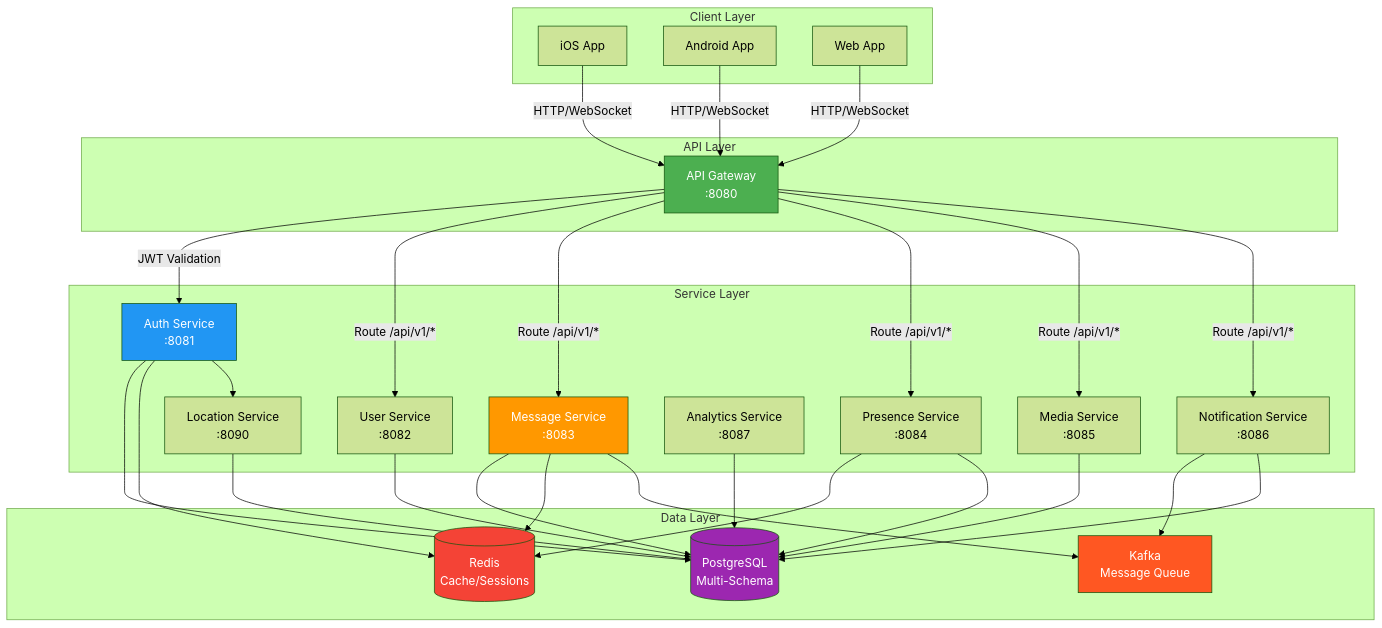
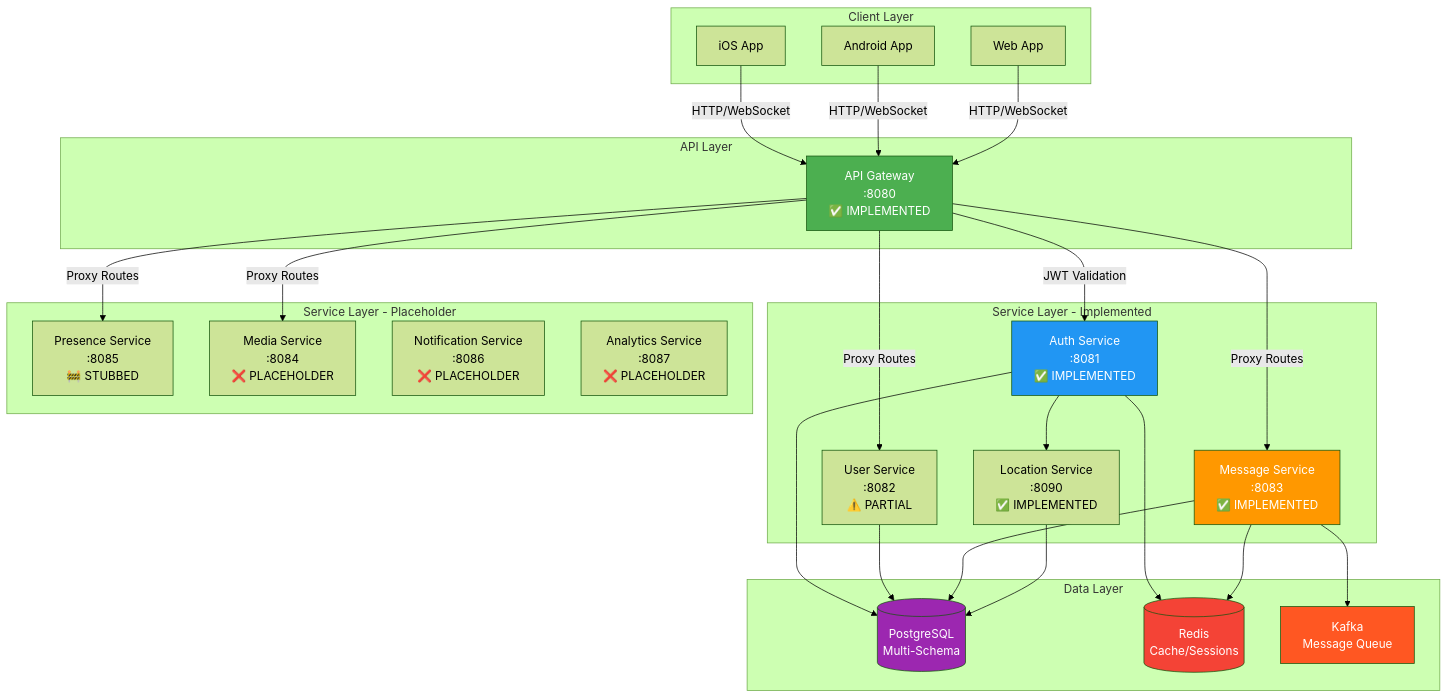
Before and after one commit to Dracula-101/echo-backend: the first of 5 diagrams in docs/ARCHITECTURE.md, drawn with Mermaid (forest theme). The commit also changed other lines of this file and 9 other files, not shown here.

````diff
--- a/docs/ARCHITECTURE.md
+++ b/docs/ARCHITECTURE.md
@@ -40,50 +41,49 @@
 ```mermaid
 graph TB
     subgraph "Client Layer"
         iOS[iOS App]
         Android[Android App]
         Web[Web App]
     end
 
     subgraph "API Layer"
-        Gateway[API Gateway<br/>:8080]
+        Gateway[API Gateway<br/>:8080<br/>✅ IMPLEMENTED]
     end
 
-    subgraph "Service Layer"
-        Auth[Auth Service<br/>:8081]
-        User[User Service<br/>:8082]
-        Message[Message Service<br/>:8083]
-        Presence[Presence Service<br/>:8084]
-        Media[Media Service<br/>:8085]
-        Notification[Notification Service<br/>:8086]
-        Analytics[Analytics Service<br/>:8087]
-        Location[Location Service<br/>:8090]
+    subgraph "Service Layer - Implemented"
+        Auth[Auth Service<br/>:8081<br/>✅ IMPLEMENTED]
+        User[User Service<br/>:8082<br/>⚠️ PARTIAL]
+        Message[Message Service<br/>:8083<br/>✅ IMPLEMENTED]
+        Location[Location Service<br/>:8090<br/>✅ IMPLEMENTED]
+    end
+
+    subgraph "Service Layer - Placeholder"
+        Presence[Presence Service<br/>:8085<br/>🚧 STUBBED]
+        Media[Media Service<br/>:8084<br/>❌ PLACEHOLDER]
+        Notification[Notification Service<br/>:8086<br/>❌ PLACEHOLDER]
+        Analytics[Analytics Service<br/>:8087<br/>❌ PLACEHOLDER]
     end
 
     subgraph "Data Layer"
         DB[(PostgreSQL<br/>Multi-Schema)]
         Redis[(Redis<br/>Cache/Sessions)]
         Kafka[Kafka<br/>Message Queue]
     end
 
     iOS & Android & Web -->|HTTP/WebSocket| Gateway
 
     Gateway -->|JWT Validation| Auth
-    Gateway -->|Route /api/v1/*| User & Message & Presence & Media & Notification
+    Gateway -->|Proxy Routes| User & Message & Presence & Media
 
     Auth --> DB & Redis & Location
     User --> DB
     Message --> DB & Redis & Kafka
-    Presence --> Redis & DB
-    Media --> DB
-    Notification --> Kafka & DB
-    Analytics --> DB
     Location --> DB
 
     style Gateway fill:#4CAF50,color:#fff
     style Auth fill:#2196F3,color:#fff
     style Message fill:#FF9800,color:#fff
     style DB fill:#9C27B0,color:#fff
     style Redis fill:#F44336,color:#fff
     style Kafka fill:#FF5722,color:#fff
 ```
````
